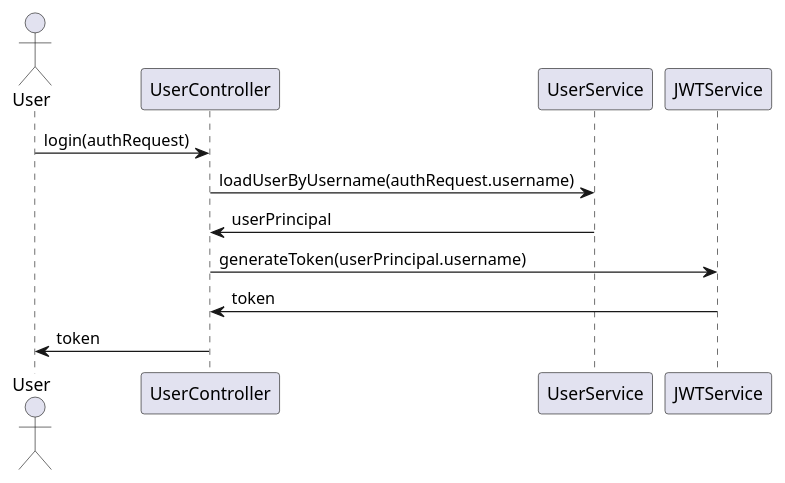
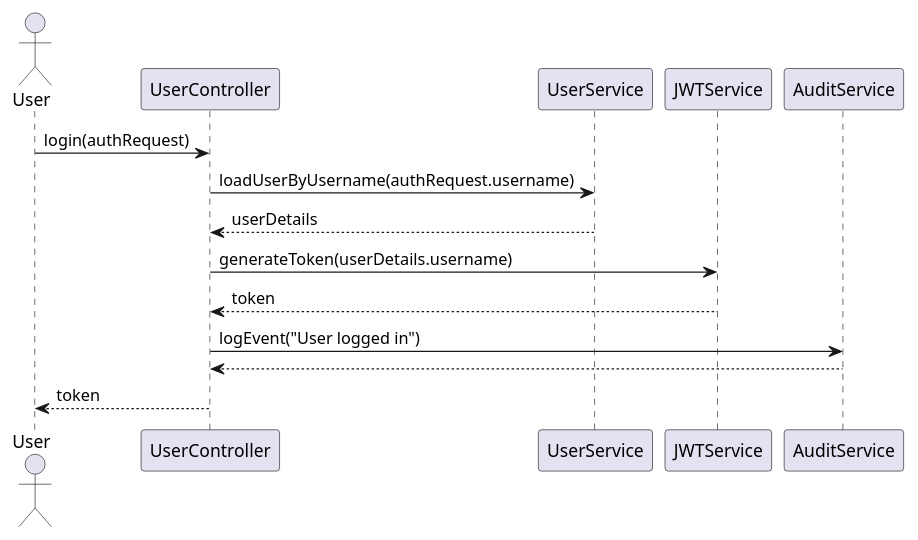
The second of 5 diagrams in identityprovider/documentation/detaileddesign.adoc (shreya-cn/autodev.ai), drawn with PlantUML before and after one commit. The commit also changed other lines of this file and 3 other files, not shown here.

````diff
--- a/identityprovider/documentation/detaileddesign.adoc
+++ b/identityprovider/documentation/detaileddesign.adoc
@@ -282,16 +321,18 @@
-[plantuml, authentication-sequence, png]
-----
+```plantuml
 @startuml
 actor User
 participant UserController
 participant UserService
 participant JWTService
+participant AuditService
 
 User -> UserController : login(authRequest)
 UserController -> UserService : loadUserByUsername(authRequest.username)
-UserService -> UserController : userPrincipal
-UserController -> JWTService : generateToken(userPrincipal.username)
-JWTService -> UserController : token
-UserController -> User : token
+UserService --> UserController : userDetails
+UserController -> JWTService : generateToken(userDetails.username)
+JWTService --> UserController : token
+UserController -> AuditService : logEvent("User logged in")
+AuditService --> UserController
+UserController --> User : token
 @enduml
-----
+```
````
